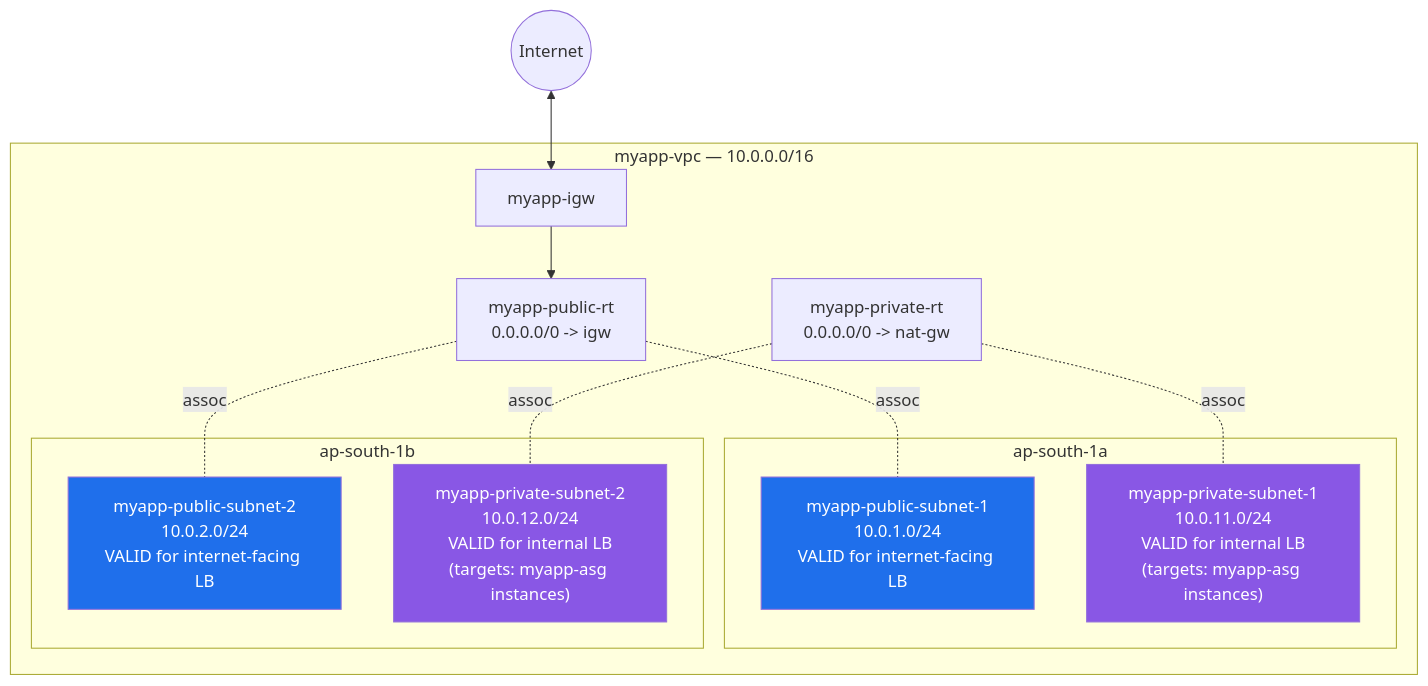
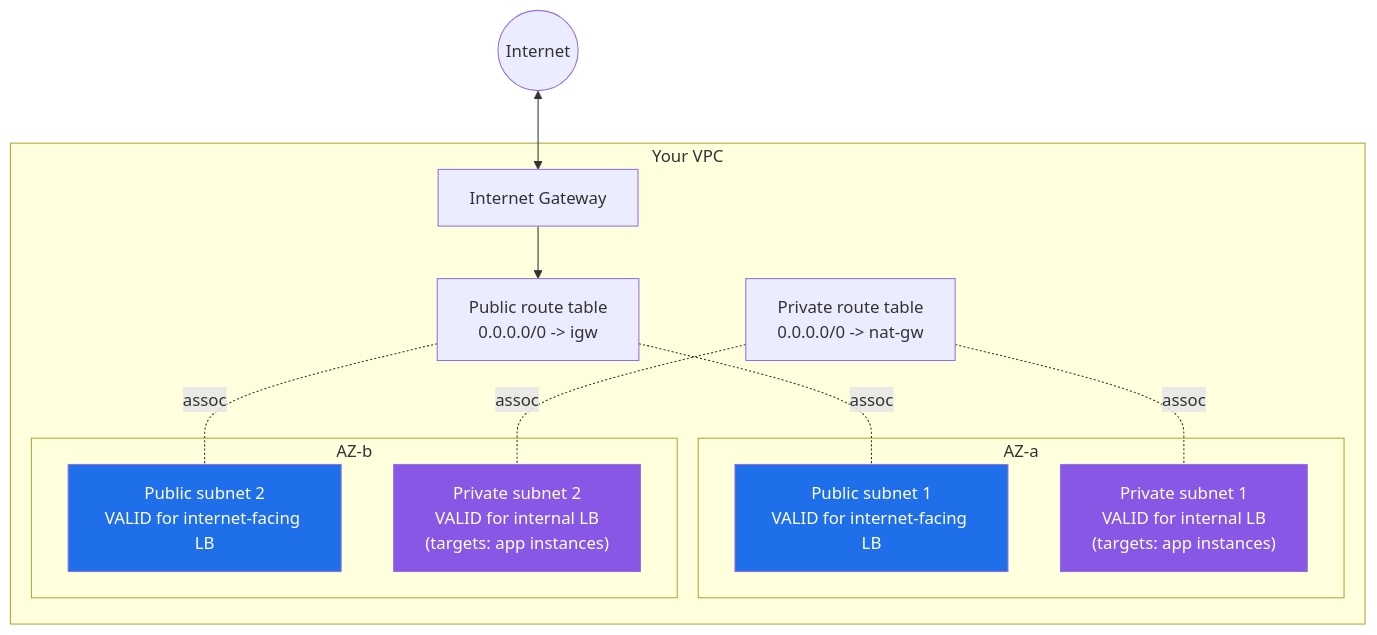
Before and after one commit to msdeepak052/AWS_Imp_Concepts: the diagram in EC2/LoadBalancer/03-LB-VPC-Design-HandsOn.md, drawn with Mermaid. The commit also changed other lines of this file and 66 other files, not shown here.

````diff
--- a/EC2/LoadBalancer/03-LB-VPC-Design-HandsOn.md
+++ b/EC2/LoadBalancer/03-LB-VPC-Design-HandsOn.md
@@ -70,29 +65,29 @@
 ```mermaid
 flowchart TD
-    INTERNET(("Internet")) <--> IGW["myapp-igw"]
+    INTERNET(("Internet")) <--> IGW["Internet Gateway"]
 
-    subgraph VPC["myapp-vpc — 10.0.0.0/16"]
-        IGW --> RT_PUB["myapp-public-rt<br/>0.0.0.0/0 -> igw"]
-        RT_PRIV["myapp-private-rt<br/>0.0.0.0/0 -> nat-gw"]
+    subgraph VPC["Your VPC"]
+        IGW --> RT_PUB["Public route table<br/>0.0.0.0/0 -> igw"]
+        RT_PRIV["Private route table<br/>0.0.0.0/0 -> nat-gw"]
 
-        subgraph AZ_A["ap-south-1a"]
-            PUB1["myapp-public-subnet-1<br/>10.0.1.0/24<br/>VALID for internet-facing LB"]
-            PRIV1["myapp-private-subnet-1<br/>10.0.11.0/24<br/>VALID for internal LB<br/>(targets: myapp-asg instances)"]
+        subgraph AZ_A["AZ-a"]
+            PUB1["Public subnet 1<br/>VALID for internet-facing LB"]
+            PRIV1["Private subnet 1<br/>VALID for internal LB<br/>(targets: app instances)"]
         end
 
-        subgraph AZ_B["ap-south-1b"]
-            PUB2["myapp-public-subnet-2<br/>10.0.2.0/24<br/>VALID for internet-facing LB"]
-            PRIV2["myapp-private-subnet-2<br/>10.0.12.0/24<br/>VALID for internal LB<br/>(targets: myapp-asg instances)"]
+        subgraph AZ_B["AZ-b"]
+            PUB2["Public subnet 2<br/>VALID for internet-facing LB"]
+            PRIV2["Private subnet 2<br/>VALID for internal LB<br/>(targets: app instances)"]
         end
 
         RT_PUB -.assoc.- PUB1
         RT_PUB -.assoc.- PUB2
         RT_PRIV -.assoc.- PRIV1
         RT_PRIV -.assoc.- PRIV2
     end
 
     style PUB1 fill:#1f6feb,color:#fff
     style PUB2 fill:#1f6feb,color:#fff
     style PRIV1 fill:#8957e5,color:#fff
     style PRIV2 fill:#8957e5,color:#fff
 ```
````
